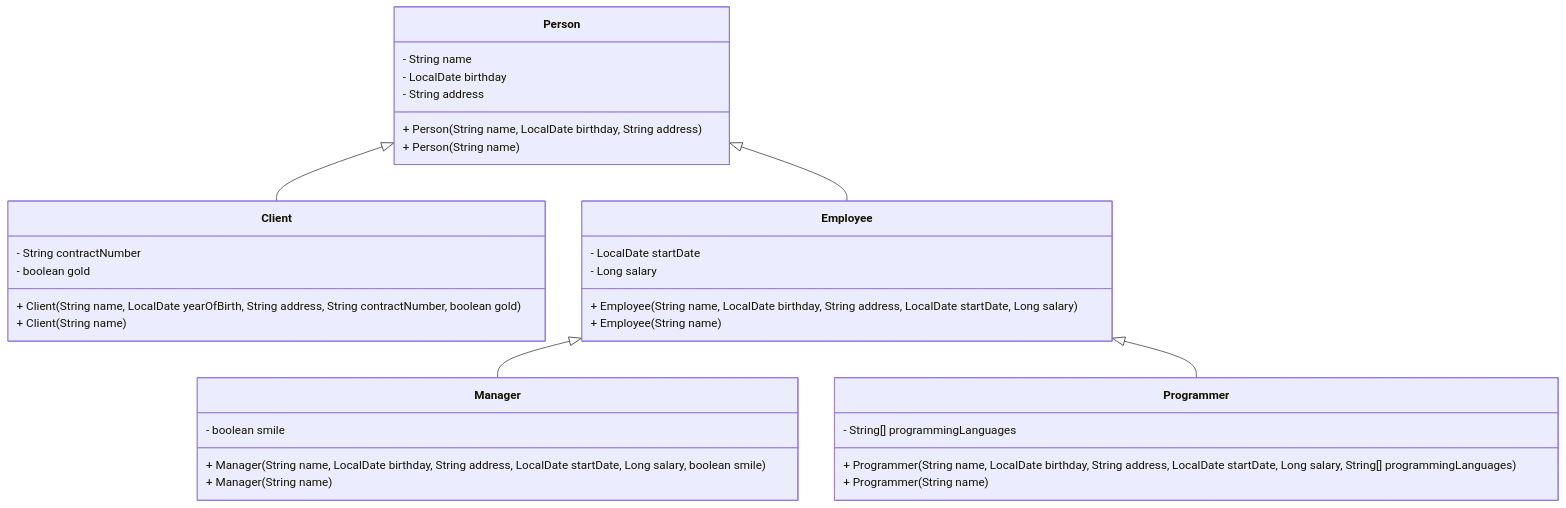
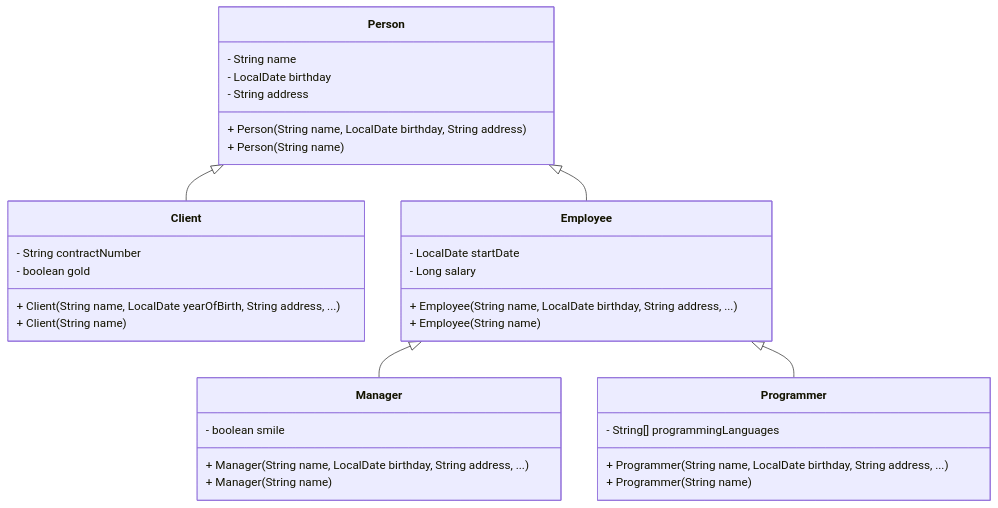
The second of 2 diagrams in slides/E3.2 - Java Classes (Inheritance + Polymorphism).md (nbicocchi/learn-java-core), drawn with Mermaid before and after one commit.

````diff
--- a/slides/E3.2 - Java Classes (Inheritance + Polymorphism).md
+++ b/slides/E3.2 - Java Classes (Inheritance + Polymorphism).md
@@ -77,42 +77,42 @@
 ```mermaid
 classDiagram
   class Person {
     - String name
     - LocalDate birthday
     - String address
     + Person(String name, LocalDate birthday, String address)
     + Person(String name)
   }
 
   class Client {
     - String contractNumber
     - boolean gold
-    + Client(String name, LocalDate yearOfBirth, String address, String contractNumber, boolean gold)
+    + Client(String name, LocalDate yearOfBirth, String address, ... )
     + Client(String name)
   }
 
   class Employee {
     - LocalDate startDate
     - Long salary
-    + Employee(String name, LocalDate birthday, String address, LocalDate startDate, Long salary)
+    + Employee(String name, LocalDate birthday, String address, ... )
     + Employee(String name)
   }
 
   class Manager {
     - boolean smile
-    + Manager(String name, LocalDate birthday, String address, LocalDate startDate, Long salary, boolean smile)
+    + Manager(String name, LocalDate birthday, String address, ... )
     + Manager(String name)
   }
 
   class Programmer {
     - String[] programmingLanguages
-    + Programmer(String name, LocalDate birthday, String address, LocalDate startDate, Long salary, String[] programmingLanguages)
+    + Programmer(String name, LocalDate birthday, String address, ...)
     + Programmer(String name)
   }
 
   Person <|-- Client
   Person <|-- Employee
   Employee <|-- Manager
   Employee <|-- Programmer
 
 ```
````
